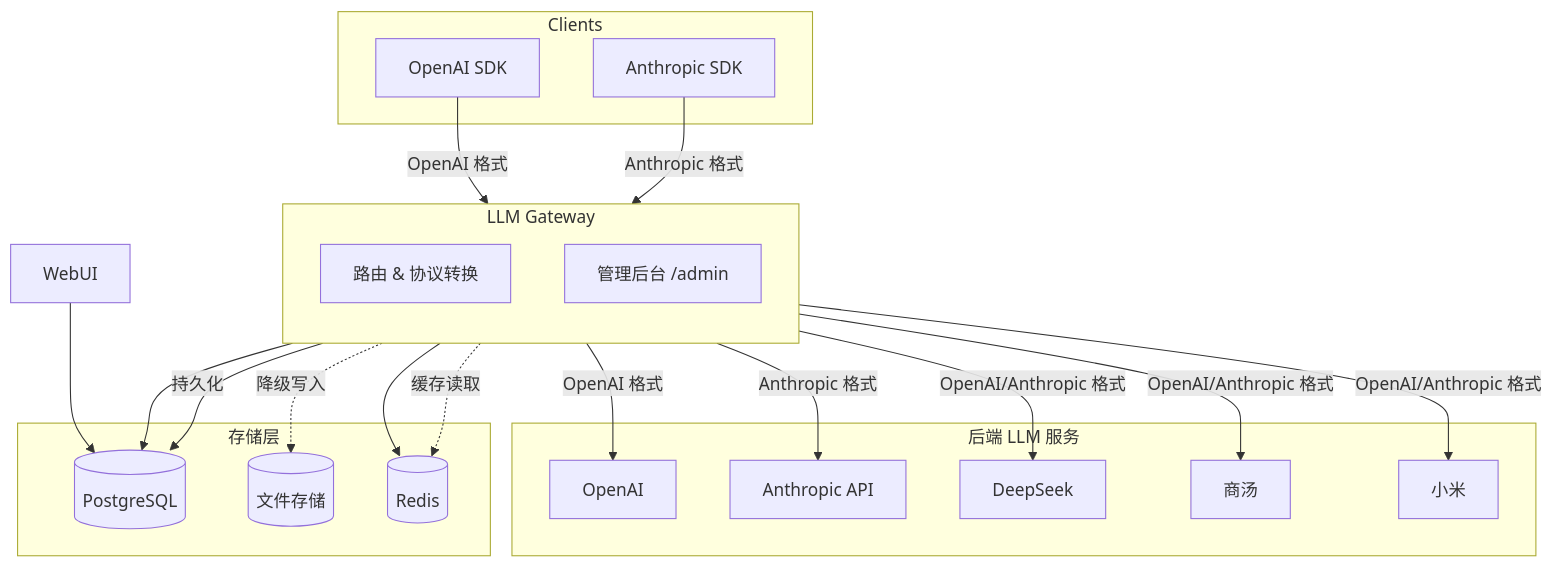
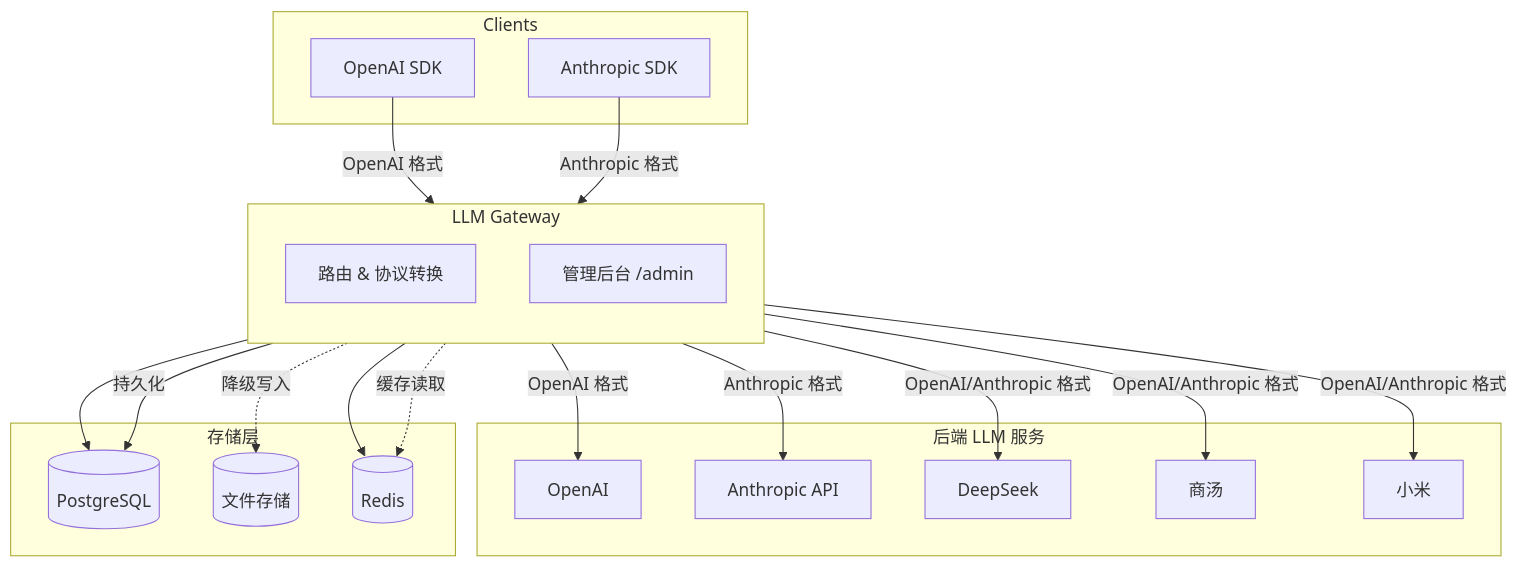
The diagram in README.md (AaronRZH/llm-gateway), drawn with Mermaid before and after one commit. The commit also changed 3 other files, not shown here.

````diff
--- a/README.md
+++ b/README.md
@@ -18,44 +18,43 @@
 ```mermaid
 flowchart TB
     subgraph Clients
         OpenAI_SDK[OpenAI SDK]
         Anthropic_SDK[Anthropic SDK]
     end
 
     subgraph Gateway[LLM Gateway]
         direction TB
         GatewayCore[路由 & 协议转换]
         Admin[管理后台 /admin]
     end
 
     subgraph Backends[后端 LLM 服务]
         OpenAI_Chat[OpenAI]
         Anthropic_API[Anthropic API]
         DeepSeek[DeepSeek]
         ShangTang[商汤]
         XiaoMi[小米]
     end
 
     subgraph Storage[存储层]
         PostgreSQL[(PostgreSQL)]
         FileStorage[(文件存储)]
         Redis[(Redis)]
     end
 
     OpenAI_SDK -->|OpenAI 格式| GatewayCore
     Anthropic_SDK -->|Anthropic 格式| GatewayCore
 
     GatewayCore -->|OpenAI 格式| OpenAI_Chat
     GatewayCore -->|Anthropic 格式| Anthropic_API
     GatewayCore -->|OpenAI/Anthropic 格式| DeepSeek
     GatewayCore -->|OpenAI/Anthropic 格式| ShangTang
     GatewayCore -->|OpenAI/Anthropic 格式| XiaoMi
 
     Admin --> PostgreSQL
     Admin --> Redis
-    WebUI --> PostgreSQL
 
     GatewayCore -.->|缓存读取| Redis
     GatewayCore -.->|降级写入| FileStorage
     GatewayCore -->|持久化| PostgreSQL
 ```
````
